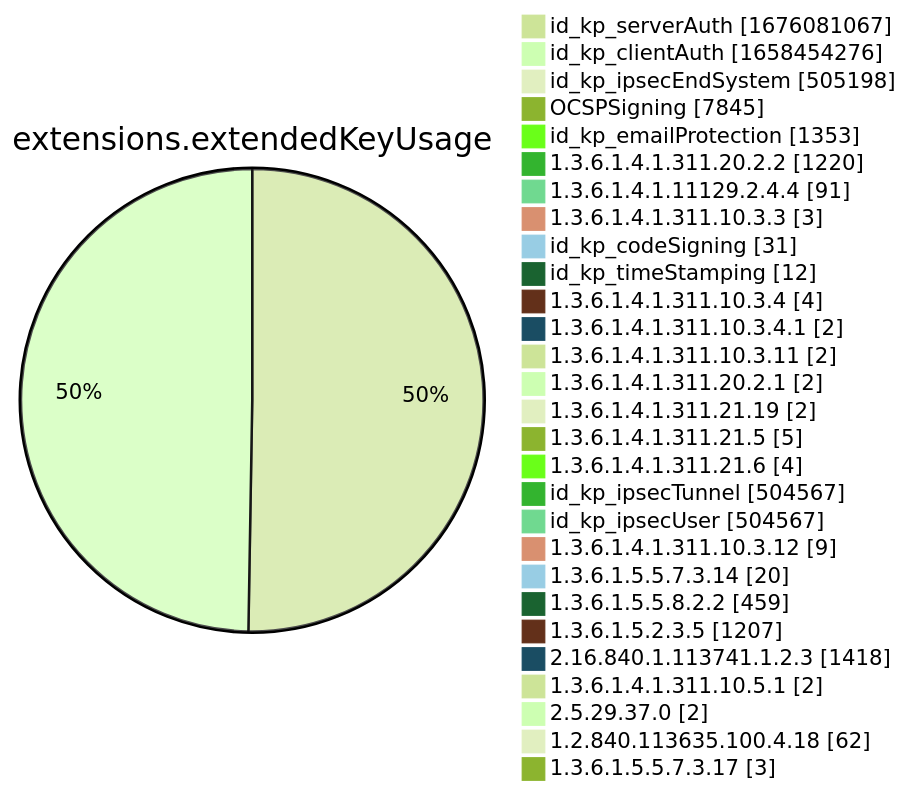
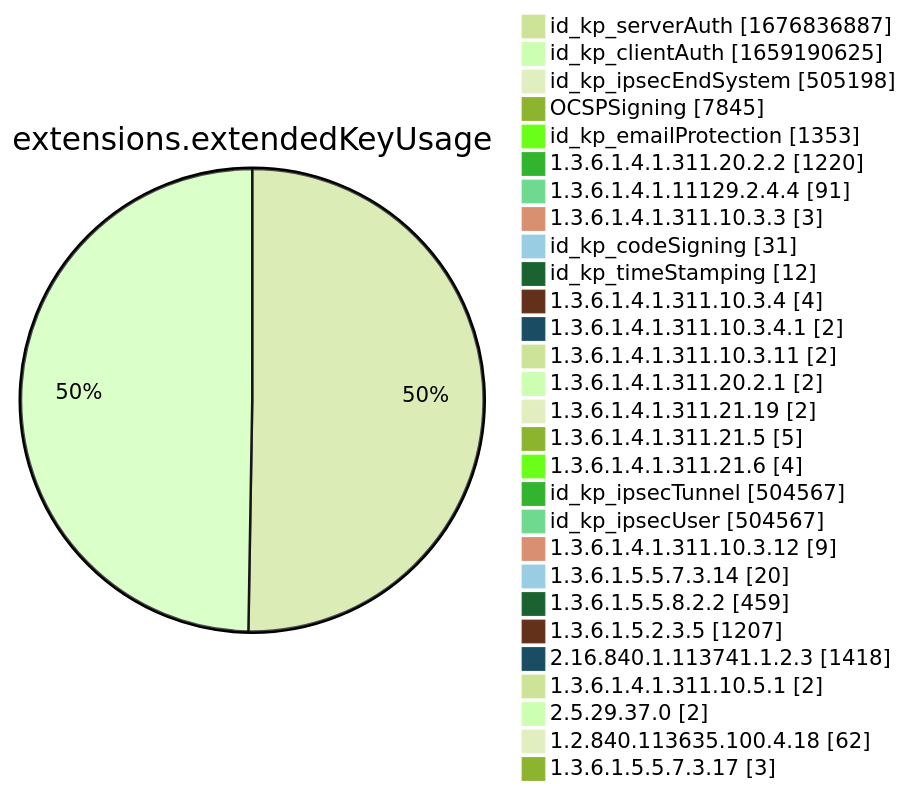
Before and after one commit to christiankrug/ctmonitor_visualization: diagram 12 of 15 in xenon2022/README.md, drawn with Mermaid (forest theme). The commit also changed other lines of this file, not shown here.

````diff
--- a/xenon2022/README.md
+++ b/xenon2022/README.md
@@ -3888,32 +3888,32 @@
 ```mermaid
 pie showData
 title extensions.extendedKeyUsage
-"id_kp_serverAuth" :1676081067
-"id_kp_clientAuth" :1658454276
+"id_kp_serverAuth" :1676836887
+"id_kp_clientAuth" :1659190625
 "id_kp_ipsecEndSystem" :505198
 "OCSPSigning" :7845
 "id_kp_emailProtection" :1353
 "1.3.6.1.4.1.311.20.2.2" :1220
 "1.3.6.1.4.1.11129.2.4.4" :91
 "1.3.6.1.4.1.311.10.3.3" :3
 "id_kp_codeSigning" :31
 "id_kp_timeStamping" :12
 "1.3.6.1.4.1.311.10.3.4" :4
 "1.3.6.1.4.1.311.10.3.4.1" :2
 "1.3.6.1.4.1.311.10.3.11" :2
 "1.3.6.1.4.1.311.20.2.1" :2
 "1.3.6.1.4.1.311.21.19" :2
 "1.3.6.1.4.1.311.21.5" :5
 "1.3.6.1.4.1.311.21.6" :4
 "id_kp_ipsecTunnel" :504567
 "id_kp_ipsecUser" :504567
 "1.3.6.1.4.1.311.10.3.12" :9
 "1.3.6.1.5.5.7.3.14" :20
 "1.3.6.1.5.5.8.2.2" :459
 "1.3.6.1.5.2.3.5" :1207
 "2.16.840.1.113741.1.2.3" :1418
 "1.3.6.1.4.1.311.10.5.1" :2
 "2.5.29.37.0" :2
 "1.2.840.113635.100.4.18" :62
 "1.3.6.1.5.5.7.3.17" :3
 ```
````
